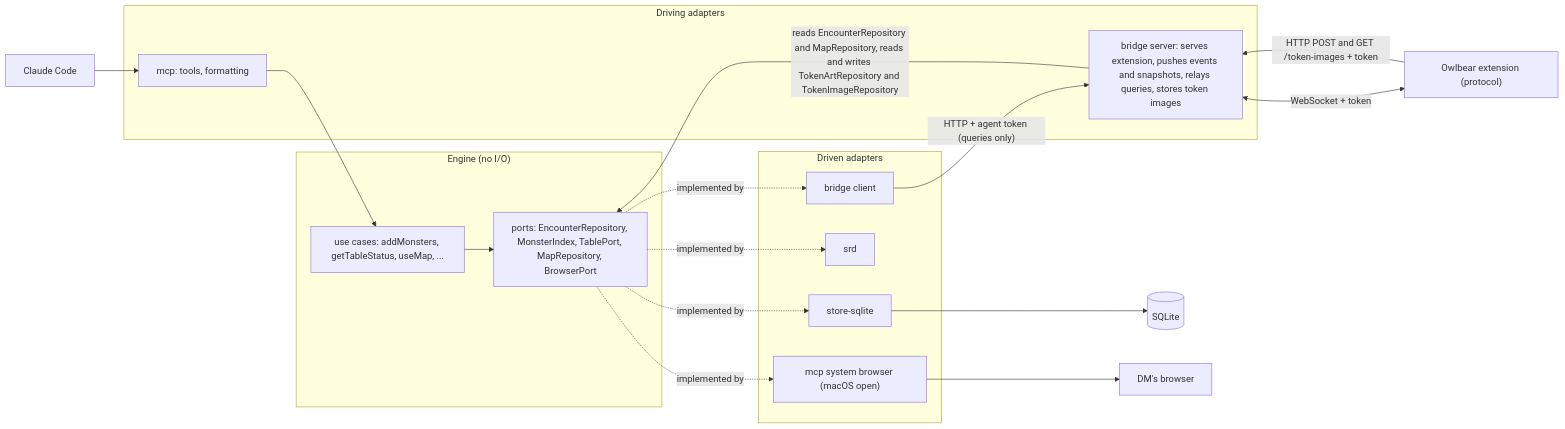
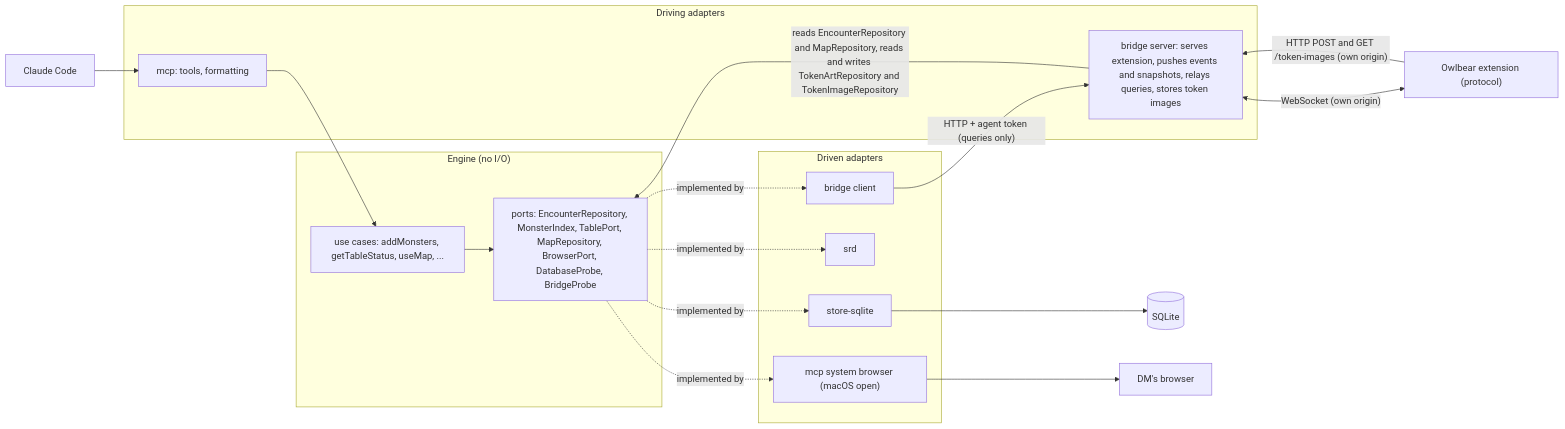
The first of 2 diagrams in docs/architecture.md (askrzypczak/ttrpg-agents), drawn with Mermaid before and after one commit. The commit also changed other lines of this file and 164 other files, not shown here.

````diff
--- a/docs/architecture.md
+++ b/docs/architecture.md
@@ -9,30 +9,30 @@
 ```mermaid
 flowchart LR
   claude["Claude Code"] --> mcp
   subgraph driving["Driving adapters"]
     mcp["mcp: tools, formatting"]
     bsrv["bridge server: serves extension, pushes events and snapshots, relays queries, stores token images"]
   end
   subgraph core["Engine (no I/O)"]
     uc["use cases: addMonsters, getTableStatus, useMap, ..."]
-    ports["ports: EncounterRepository, MonsterIndex, TablePort, MapRepository, BrowserPort"]
+    ports["ports: EncounterRepository, MonsterIndex, TablePort, MapRepository, BrowserPort, DatabaseProbe, BridgeProbe"]
   end
   subgraph driven["Driven adapters"]
     store["store-sqlite"]
     srd["srd"]
     bclient["bridge client"]
     sysbrowser["mcp system browser (macOS open)"]
   end
   mcp --> uc
   bsrv -->|"reads EncounterRepository and MapRepository, reads and writes TokenArtRepository and TokenImageRepository"| ports
   uc --> ports
   ports -.implemented by.-> store
   ports -.implemented by.-> srd
   ports -.implemented by.-> bclient
   ports -.implemented by.-> sysbrowser
   store --> db[("SQLite")]
   bclient -->|"HTTP + agent token (queries only)"| bsrv
   sysbrowser --> browser["DM's browser"]
-  bsrv <-->|"WebSocket + token"| ext["Owlbear extension (protocol)"]
-  ext -->|"HTTP POST and GET /token-images + token"| bsrv
+  bsrv <-->|"WebSocket (own origin)"| ext["Owlbear extension (protocol)"]
+  ext -->|"HTTP POST and GET /token-images (own origin)"| bsrv
 ```
````
